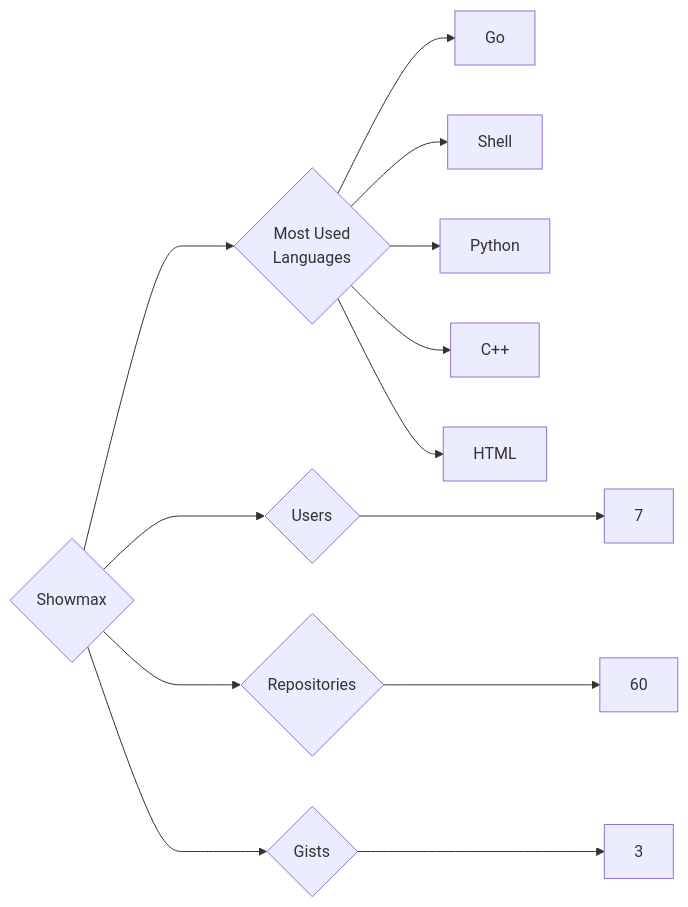
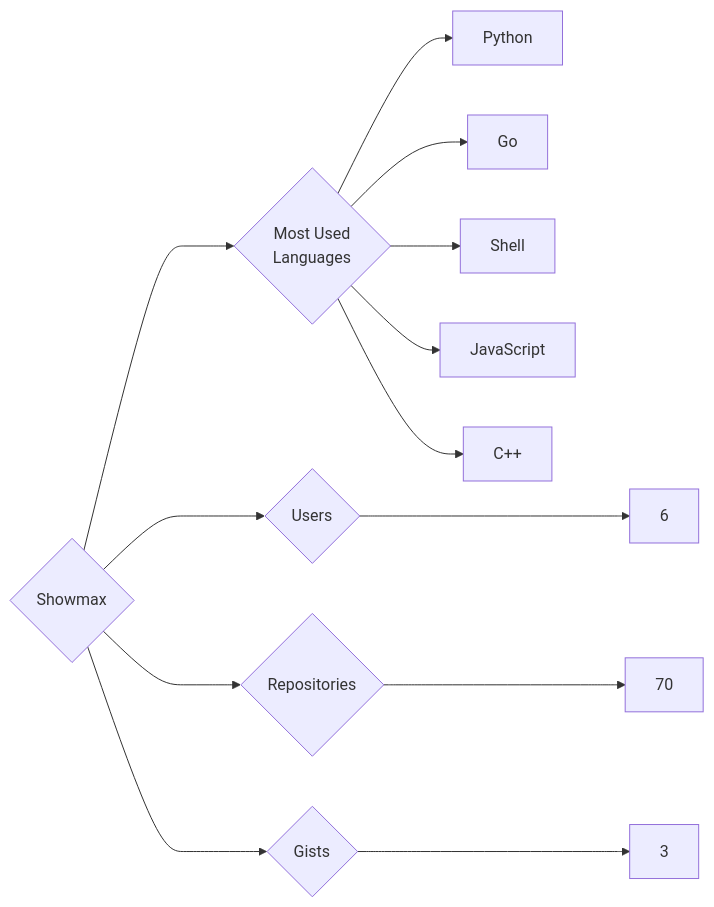
Before and after one commit to trickest/insiders: the diagram in targets/Showmax/README.md, drawn with Mermaid. The commit also changed 1248 other files, not shown here.

````diff
--- a/targets/Showmax/README.md
+++ b/targets/Showmax/README.md
@@ -3,13 +3,13 @@
 ```mermaid
 graph LR
 COMPANY_NAME{Showmax}
-COMPANY_NAME ---> U{Users} ---> UN[7]
-COMPANY_NAME ---> R{Repositories} ---> RN[60]
+COMPANY_NAME ---> U{Users} ---> UN[6]
+COMPANY_NAME ---> R{Repositories} ---> RN[70]
 COMPANY_NAME ---> G{Gists} ---> GN[3]
 COMPANY_NAME ---> ML{Most Used<br>Languages}
+ML --> Python[Python]
 ML --> Go[Go]
 ML --> Shell[Shell]
-ML --> Python[Python]
+ML --> JavaScript[JavaScript]
 ML --> C++[C++]
-ML --> HTML[HTML]
 ```
````
